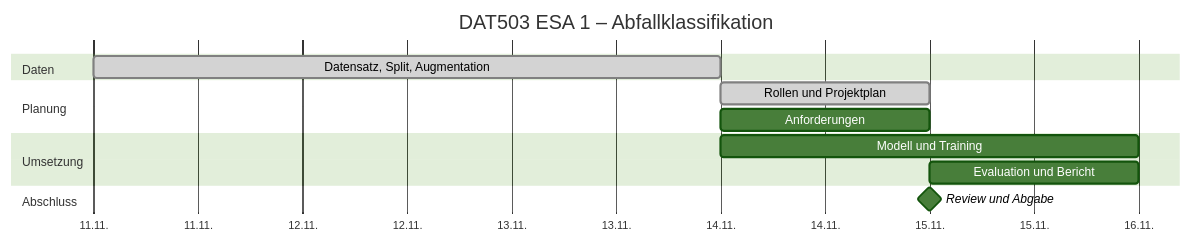
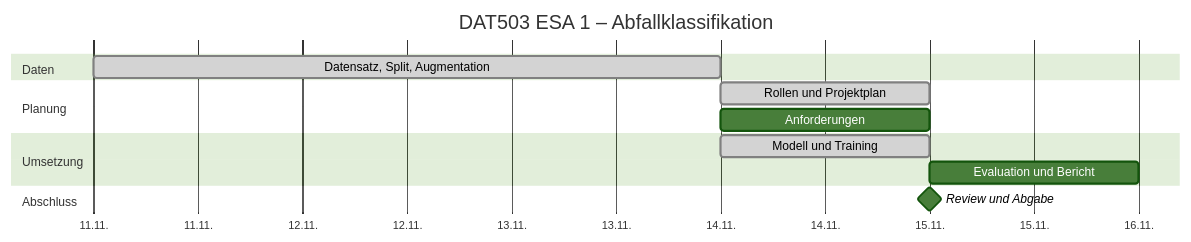
The diagram in projektmanagement.md (qepuvb/DAT503-waste-classification), drawn with Mermaid (forest theme) before and after one commit.

Commit message:
Update Gantt

````diff
--- a/projektmanagement.md
+++ b/projektmanagement.md
@@ -13,16 +13,16 @@
 ```mermaid
 gantt
     title DAT503 ESA 1 – Abfallklassifikation
     dateFormat  YYYY-MM-DD
     axisFormat  %d.%m.
     section Daten
     Datensatz, Split, Augmentation  :done, 2026-11-11, 3d
     section Planung
     Rollen und Projektplan          :done, 2026-11-14, 1d
     Anforderungen                   :2026-11-14, 1d
     section Umsetzung
-    Modell und Training             :2026-11-14, 2d
+    Modell und Training             :done, 2026-11-14, 1d
     Evaluation und Bericht          :2026-11-15, 1d
     section Abschluss
     Review und Abgabe               :milestone, 2026-11-15, 0d
 ```
````
